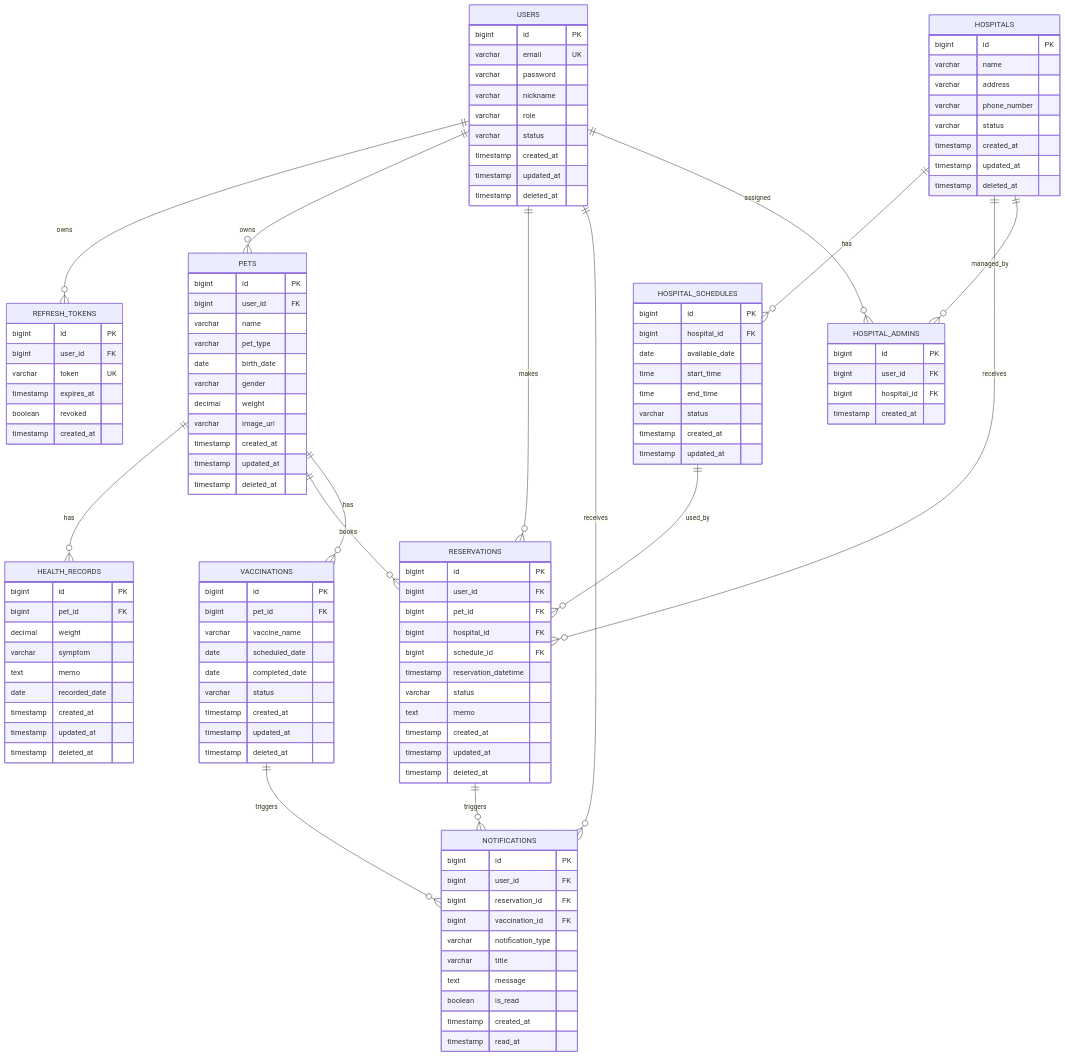
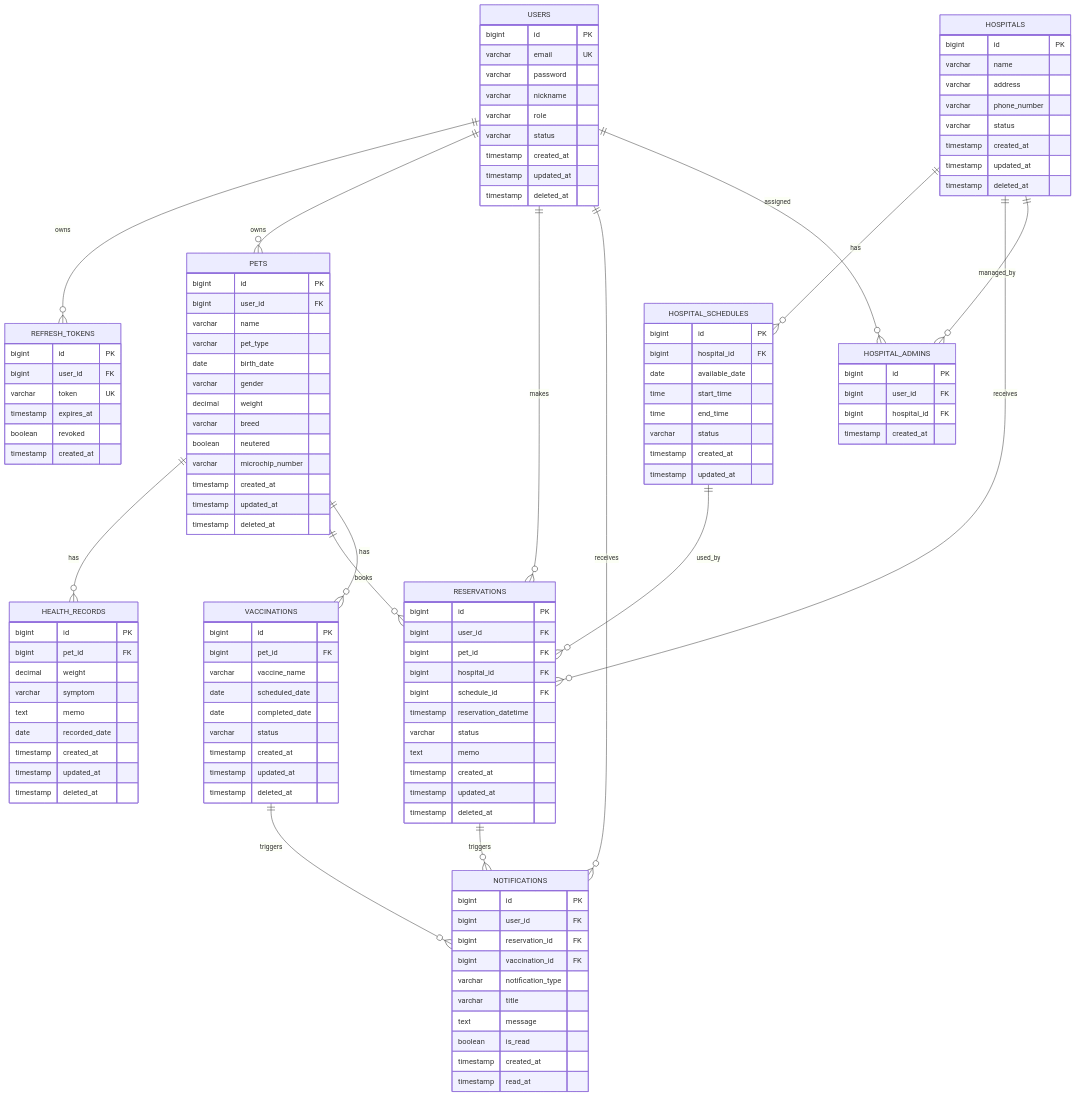
The diagram in docs/06_ERD 363d097bd4f780699f2cd5859607c3c8.md (hanyeong0815/daipetto), drawn with Mermaid before and after one commit. The commit also changed other lines of this file and 11 other files, not shown here.

First line of the commit message:
feat(pet): add breed/neutered/microchipNumber fields

```diff
--- a/docs/06_ERD 363d097bd4f780699f2cd5859607c3c8.md
+++ b/docs/06_ERD 363d097bd4f780699f2cd5859607c3c8.md
@@ -75,7 +75,9 @@
         date birth_date
         varchar gender
         decimal weight
-        varchar image_url
+        varchar breed
+        boolean neutered
+        varchar microchip_number
         timestamp created_at
         timestamp updated_at
         timestamp deleted_at
```
